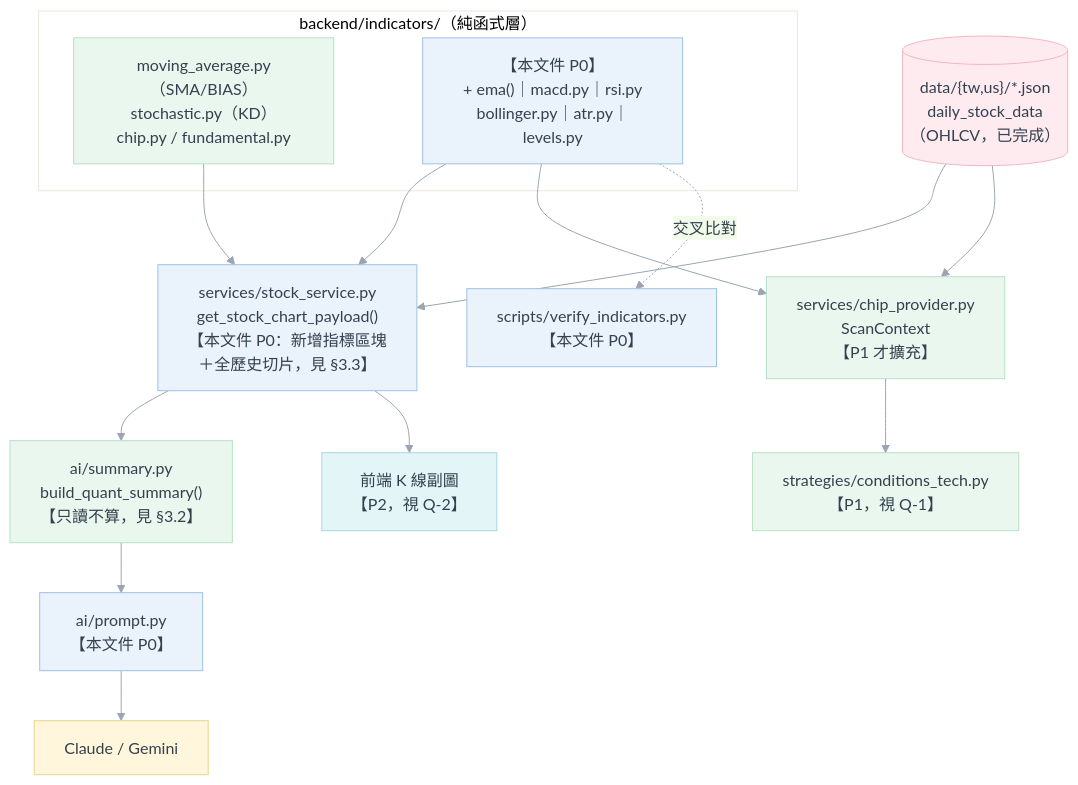
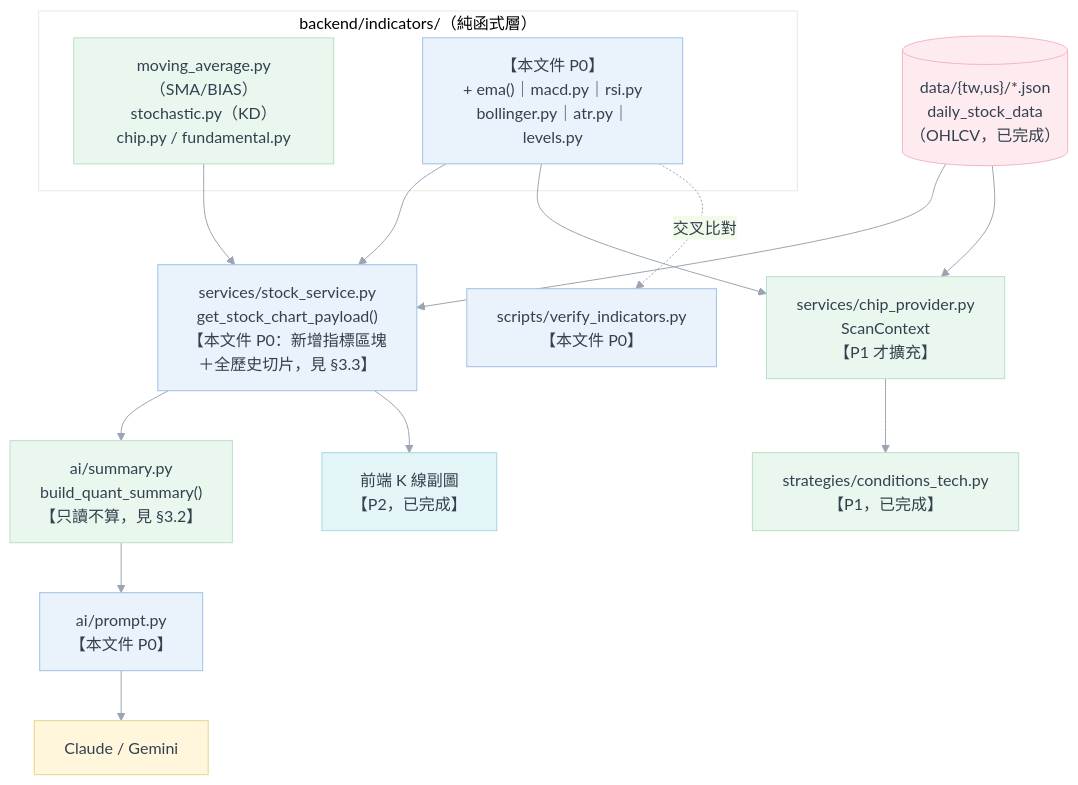
The diagram in mystock-vue/docs/16.AI技術分析/Phase1-基礎量化與技術面.md (jacksonlee-tw/mystock-vue), drawn with Mermaid before and after one commit. The commit also changed other lines of this file and 8 other files, not shown here.

````diff
--- a/mystock-vue/docs/16.AI技術分析/Phase1-基礎量化與技術面.md
+++ b/mystock-vue/docs/16.AI技術分析/Phase1-基礎量化與技術面.md
@@ -173,54 +174,54 @@
 ```mermaid
 %%{init: {
   "theme": "base",
   "themeVariables": {
     "background": "#ffffff",
     "primaryColor": "#EAF2FB",
     "primaryBorderColor": "#9EC2E6",
     "primaryTextColor": "#33414F",
     "lineColor": "#9AA5B1",
     "textColor": "#33414F",
     "fontFamily": "Segoe UI, sans-serif"
   }
 }}%%
 flowchart TB
     DATA[("data/{tw,us}/*.json<br/>daily_stock_data<br/>（OHLCV，已完成）")]
 
     subgraph IND ["backend/indicators/（純函式層）"]
         OLD["moving_average.py（SMA/BIAS）<br/>stochastic.py（KD）<br/>chip.py / fundamental.py"]
         NEW["【本文件 P0】<br/>+ ema()｜macd.py｜rsi.py<br/>bollinger.py｜atr.py｜levels.py"]
     end
 
     SVC["services/stock_service.py<br/>get_stock_chart_payload()<br/>【本文件 P0：新增指標區塊<br/>＋全歷史切片，見 §3.3】"]
     CTX["services/chip_provider.py<br/>ScanContext<br/>【P1 才擴充】"]
 
     SUM["ai/summary.py<br/>build_quant_summary()<br/>【只讀不算，見 §3.2】"]
     PROMPT["ai/prompt.py<br/>【本文件 P0】"]
     LLM["Claude / Gemini"]
 
-    COND["strategies/conditions_tech.py<br/>【P1，視 Q-1】"]
-    FE["前端 K 線副圖<br/>【P2，視 Q-2】"]
+    COND["strategies/conditions_tech.py<br/>【P1，已完成】"]
+    FE["前端 K 線副圖<br/>【P2，已完成】"]
     VERIFY["scripts/verify_indicators.py<br/>【本文件 P0】"]
 
     DATA --> SVC
     DATA --> CTX
     OLD --> SVC
     NEW --> SVC
     NEW --> CTX
     NEW -.交叉比對.-> VERIFY
     SVC --> SUM --> PROMPT --> LLM
     SVC --> FE
     CTX --> COND
 
     style DATA fill:#FDEBEF,stroke:#F3B6C4
     style OLD fill:#EAF7EE,stroke:#B7E0C4
     style NEW fill:#EAF2FB,stroke:#9EC2E6
     style SVC fill:#EAF2FB,stroke:#9EC2E6
     style PROMPT fill:#EAF2FB,stroke:#9EC2E6
     style VERIFY fill:#EAF2FB,stroke:#9EC2E6
     style CTX fill:#EAF7EE,stroke:#B7E0C4
     style SUM fill:#EAF7EE,stroke:#B7E0C4
     style COND fill:#EAF7EE,stroke:#B7E0C4
     style FE fill:#E4F5F7,stroke:#A5D8DF
     style LLM fill:#FFF6DC,stroke:#E8D48B
 ```
````
